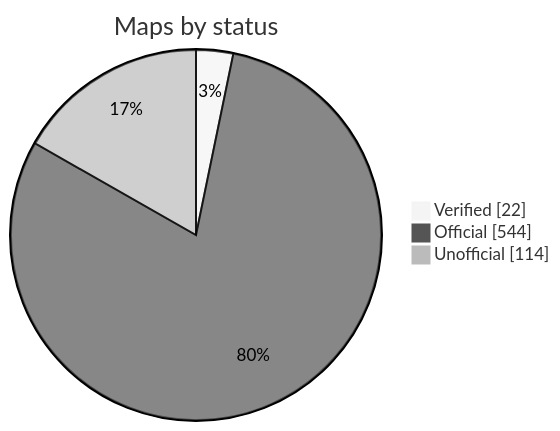
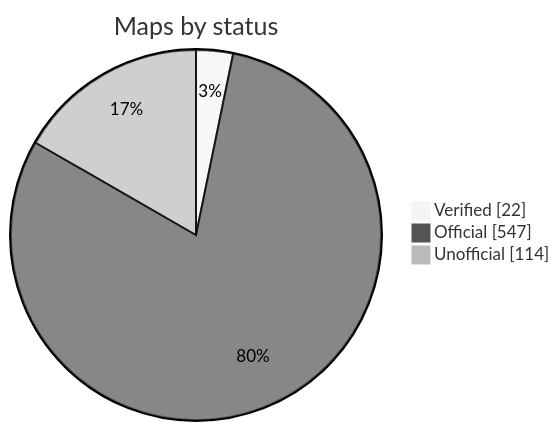
The diagram in README.md (nobrega8/mbmap-library), drawn with Mermaid (neutral theme) before and after one commit. The commit also changed 8 other files, not shown here.

````diff
--- a/README.md
+++ b/README.md
@@ -52,7 +52,7 @@
 ```mermaid
 pie showData
     title Maps by status
     "Verified" : 22
-    "Official" : 544
+    "Official" : 547
     "Unofficial" : 114
 ```
````
